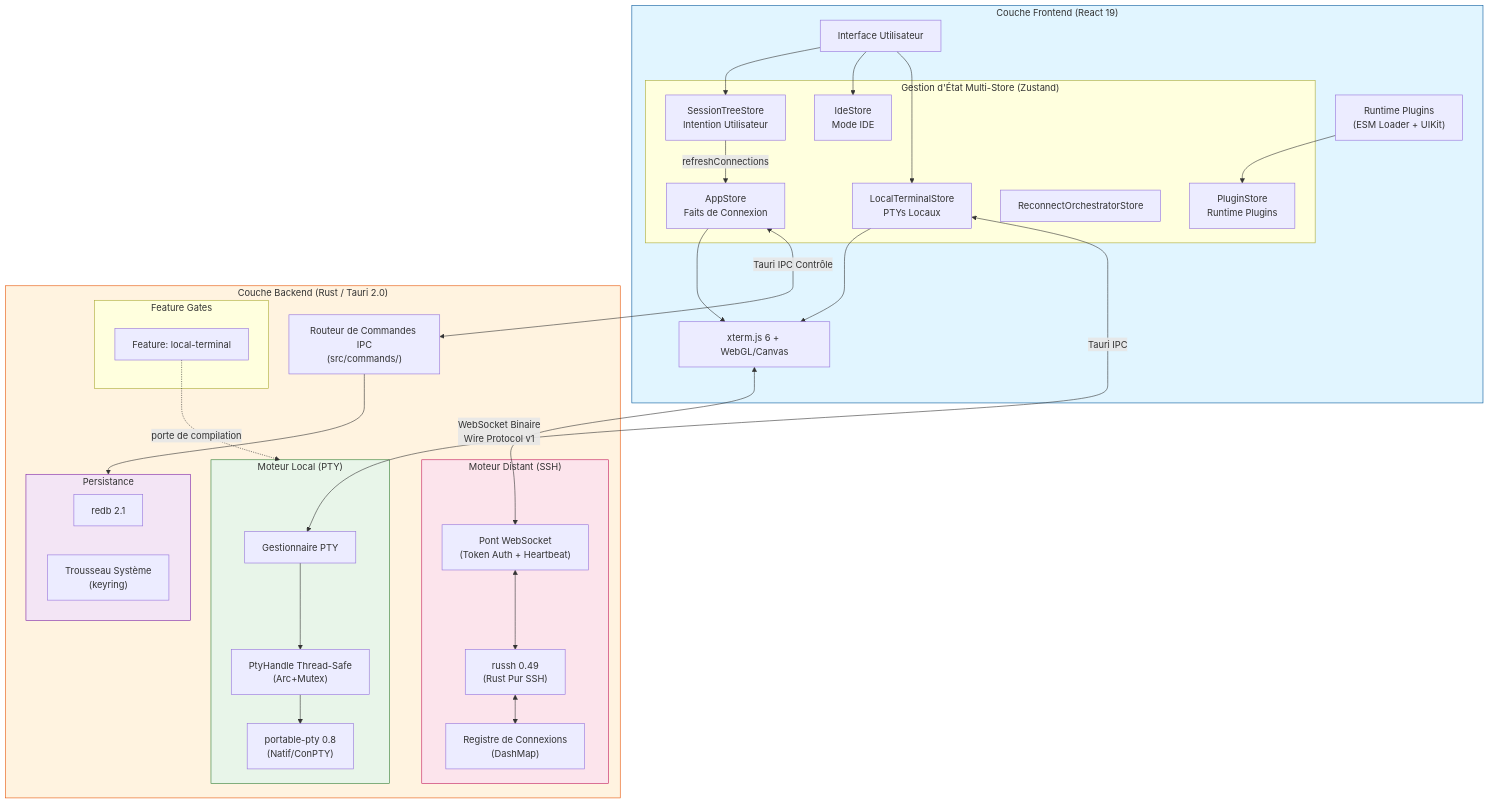
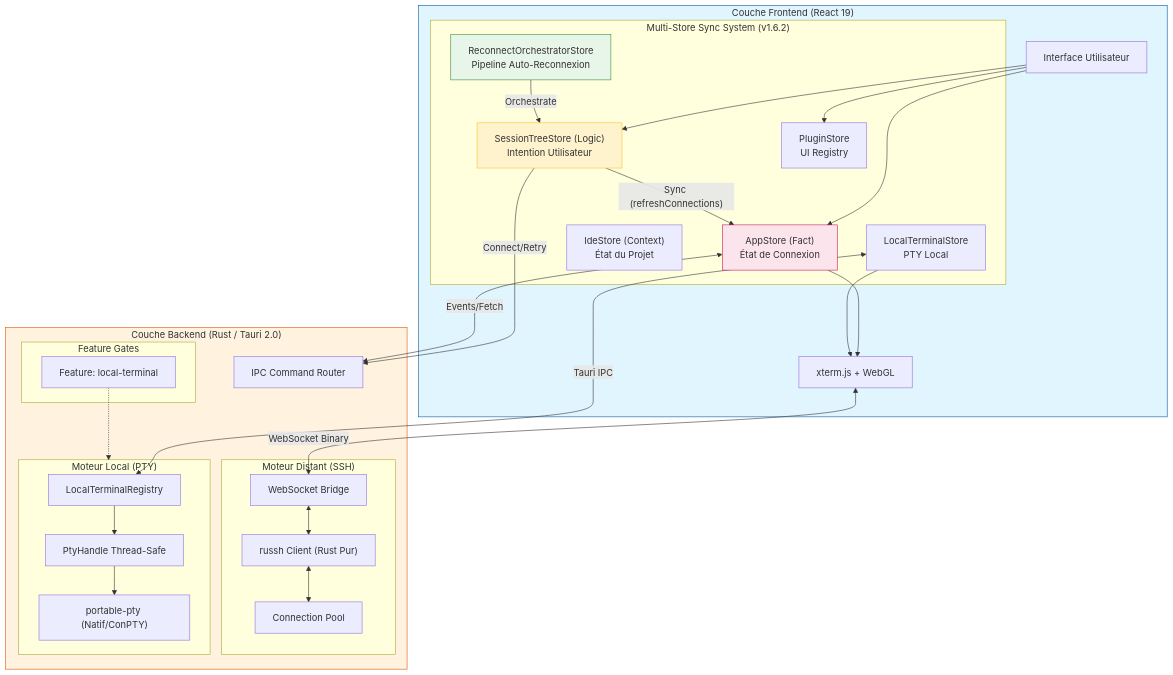
One commit to AnalyseDeCircuit/OxideTerm changed the diagram in README.fr.md. Above: the diagram before and after it, drawn with Mermaid. The commit also changed 3 other files, not shown here.

````diff
--- a/README.fr.md
+++ b/README.fr.md
@@ -58,68 +58,64 @@
 ```mermaid
 flowchart TB
     subgraph Frontend ["Couche Frontend (React 19)"]
         UI[Interface Utilisateur]
 
-        subgraph Stores ["Gestion d'État Multi-Store (Zustand)"]
-            TreeStore["SessionTreeStore<br/>Intention Utilisateur"]
-            AppStore["AppStore<br/>Faits de Connexion"]
-            IdeStore["IdeStore<br/>Mode IDE"]
-            LocalStore["LocalTerminalStore<br/>PTYs Locaux"]
-            ReconnectStore["ReconnectOrchestratorStore"]
-            PluginStore["PluginStore<br/>Runtime Plugins"]
+        subgraph Stores ["Multi-Store Sync System (v1.6.2)"]
+            TreeStore["SessionTreeStore (Logic)<br/>Intention Utilisateur"]
+            RemoteStore["AppStore (Fact)<br/>État de Connexion"]
+            IdeStore["IdeStore (Context)<br/>État du Projet"]
+            LocalStore["LocalTerminalStore<br/>PTY Local"]
+            ReconnectStore["ReconnectOrchestratorStore<br/>Pipeline Auto-Reconnexion"]
+            PluginStore["PluginStore<br/>UI Registry"]
         end
 
-        Terminal["xterm.js 6 + WebGL/Canvas"]
-        PluginRT["Runtime Plugins<br/>(ESM Loader + UIKit)"]
+        Terminal["xterm.js + WebGL"]
 
         UI --> TreeStore
-        TreeStore -->|refreshConnections| AppStore
-        UI --> IdeStore
-        UI --> LocalStore
-        AppStore --> Terminal
+        UI --> RemoteStore
+        UI --> PluginStore
+
+        TreeStore -- "Sync (refreshConnections)" --> RemoteStore
+        RemoteStore --> Terminal
         LocalStore --> Terminal
-        PluginRT --> PluginStore
+        ReconnectStore -- "Orchestrate" --> TreeStore
     end
 
     subgraph Backend ["Couche Backend (Rust / Tauri 2.0)"]
-        Router["Routeur de Commandes IPC<br/>(src/commands/)"]
+        Router["IPC Command Router"]
 
         subgraph Features ["Feature Gates"]
             LocalFeat["Feature: local-terminal"]
         end
 
         subgraph RemoteEngine ["Moteur Distant (SSH)"]
-            WS["Pont WebSocket<br/>(Token Auth + Heartbeat)"]
-            SSH["russh 0.49<br/>(Rust Pur SSH)"]
-            Pool["Registre de Connexions<br/>(DashMap)"]
+            WS["WebSocket Bridge"]
+            SSH["russh Client (Rust Pur)"]
+            Pool["Connection Pool"]
         end
 
         subgraph LocalEngine ["Moteur Local (PTY)"]
-            PtyMgr["Gestionnaire PTY"]
-            PtyHandle["PtyHandle Thread-Safe<br/>(Arc+Mutex)"]
-            NativePTY["portable-pty 0.8<br/>(Natif/ConPTY)"]
-        end
-
-        subgraph Storage ["Persistance"]
-            Redb["redb 2.1"]
-            Keychain["Trousseau Système<br/>(keyring)"]
+            LocalReg["LocalTerminalRegistry"]
+            PtyHandle["PtyHandle Thread-Safe"]
+            NativePTY["portable-pty (Natif/ConPTY)"]
         end
     end
 
     %% Flux de Données
-    LocalStore <-->|Tauri IPC| PtyMgr
-    PtyMgr --> PtyHandle --> NativePTY
+    LocalStore <-->|Tauri IPC| LocalReg
+    LocalReg --> PtyHandle --> NativePTY
 
-    AppStore <-->|Tauri IPC Contrôle| Router
-    Terminal <-->|WebSocket Binaire<br/>Wire Protocol v1| WS
+    TreeStore -->|Connect/Retry| Router
+    RemoteStore <-->|Events/Fetch| Router
+
+    Terminal <-->|WebSocket Binary| WS
     WS <--> SSH <--> Pool
 
-    Router --> Storage
-    LocalFeat -.->|porte de compilation| LocalEngine
+    LocalFeat -.-> LocalEngine
 
     style Frontend fill:#e1f5ff,stroke:#01579b
     style Backend fill:#fff3e0,stroke:#e65100
-    style LocalEngine fill:#e8f5e9,stroke:#2e7d32
-    style RemoteEngine fill:#fce4ec,stroke:#c2185b
-    style Storage fill:#f3e5f5,stroke:#7b1fa2
+    style TreeStore fill:#fff3cd,stroke:#fbc02d
+    style RemoteStore fill:#fce4ec,stroke:#c2185b
+    style ReconnectStore fill:#e8f5e9,stroke:#388e3c
 ```
````
